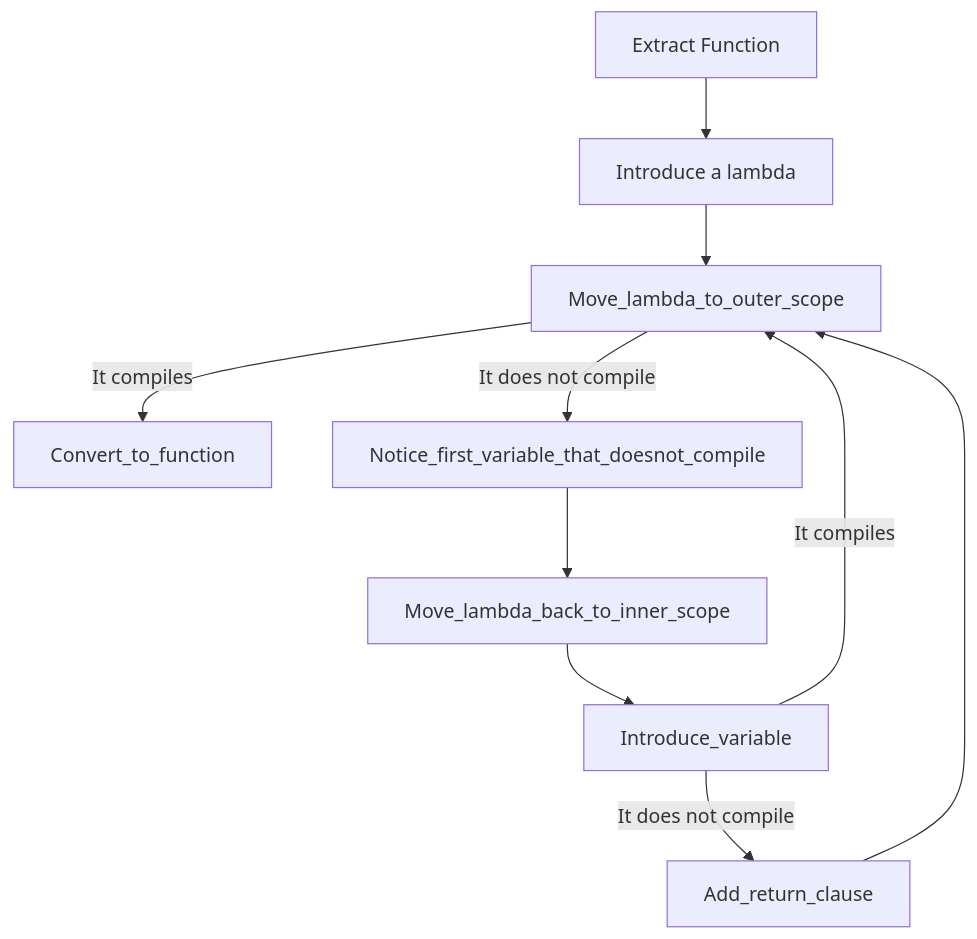
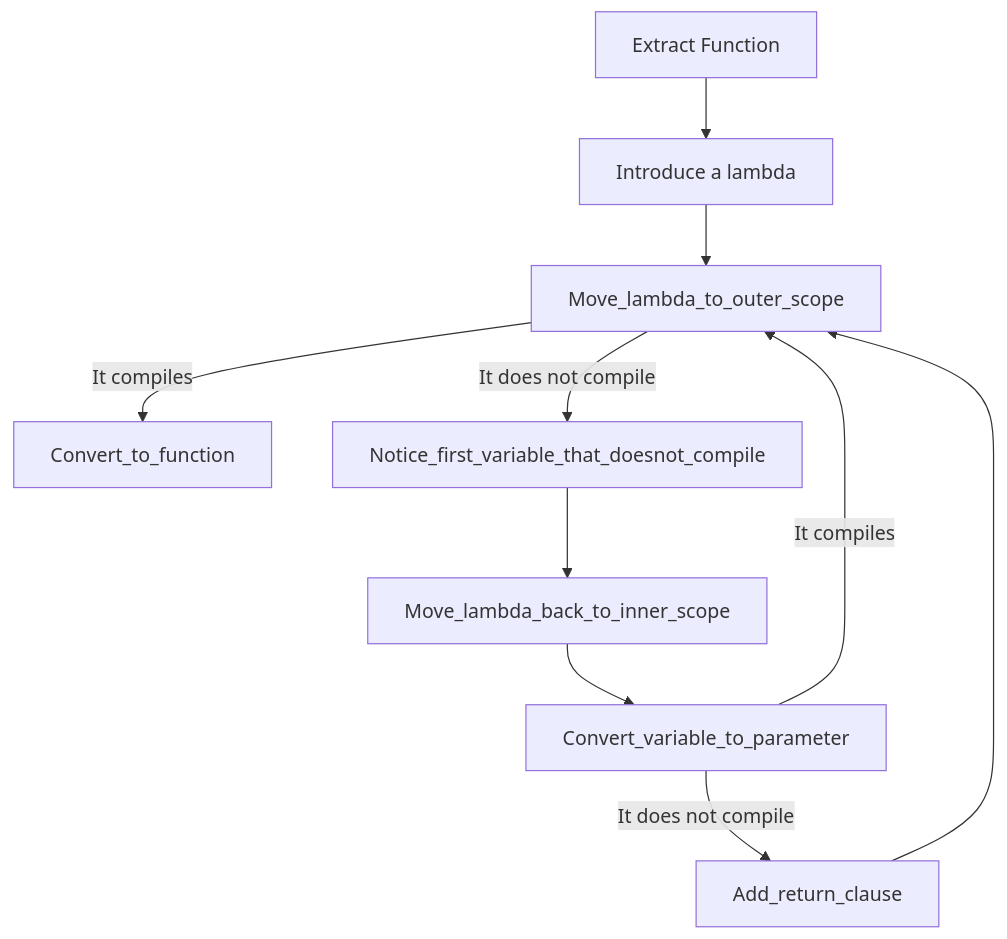
Before and after one commit to jonreid/provable-refactorings: the diagram in recipes/core-6/extract-function/swift.md, drawn with Mermaid. The commit also changed other lines of this file, not shown here.

````diff
--- a/recipes/core-6/extract-function/swift.md
+++ b/recipes/core-6/extract-function/swift.md
@@ -5,12 +5,12 @@
 ```mermaid
 graph TD;
     Extract_Function["Extract Function"] --> Introduce_lambda["Introduce a lambda"];
     Introduce_lambda --> Move_lambda_to_outer_scope;
     Move_lambda_to_outer_scope --> |It compiles| Convert_to_function;
     Move_lambda_to_outer_scope --> |It does not compile| Notice_first_variable_that_doesnot_compile;
     Notice_first_variable_that_doesnot_compile --> Move_lambda_back_to_inner_scope;
-    Move_lambda_back_to_inner_scope --> Introduce_variable;
-    Introduce_variable --> |It compiles| Move_lambda_to_outer_scope;
-    Introduce_variable --> |It does not compile| Add_return_clause;
+    Move_lambda_back_to_inner_scope --> Convert_variable_to_parameter;
+    Convert_variable_to_parameter --> |It compiles| Move_lambda_to_outer_scope;
+    Convert_variable_to_parameter --> |It does not compile| Add_return_clause;
     Add_return_clause --> Move_lambda_to_outer_scope;
 ```
````
